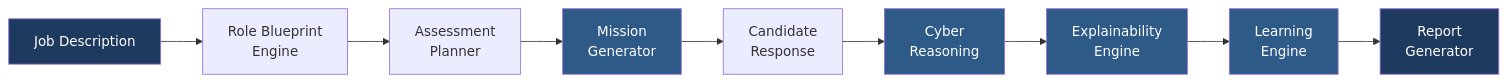
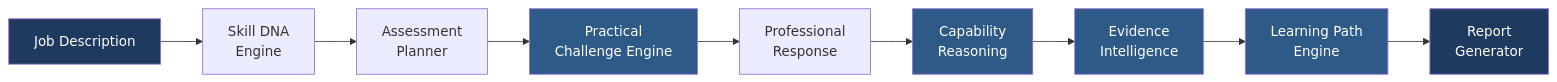
One commit to BL4CK-0PS/AegisIQ changed the ninth of 13 diagrams in README.md. Above: the diagram before and after it, drawn with Mermaid. The commit also changed other lines of this file and 88 other files, not shown here.

First line of the commit message:
docs: enhance all 40 docs with Mermaid diagrams and Related Documents

````diff
--- a/README.md
+++ b/README.md
@@ -524,18 +595,18 @@
 ```mermaid
 flowchart LR
-    JD["Job Description"] --> RBE["Role Blueprint\nEngine"]
-    RBE --> AP["Assessment\nPlanner"]
-    AP --> MG["Mission\nGenerator"]
-    MG --> CR["Candidate\nResponse"]
-    CR --> CRE["Cyber\nReasoning"]
-    CRE --> EE["Explainability\nEngine"]
-    EE --> LE["Learning\nEngine"]
-    LE --> REPO["Report\nGenerator"]
+    JD["Job Description"] --> SDE["Skill DNA\nEngine"]
+    SDE --> AP["Assessment\nPlanner"]
+    AP --> PCE["Practical\nChallenge Engine"]
+    PCE --> PR["Professional\nResponse"]
+    PR --> CRE["Capability\nReasoning"]
+    CRE --> EIE["Evidence\nIntelligence"]
+    EIE --> LPE["Learning Path\nEngine"]
+    LPE --> REPO["Report\nGenerator"]
 
     style JD fill:#1e3a5f,color:#fff
-    style MG fill:#2d5a87,color:#fff
+    style PCE fill:#2d5a87,color:#fff
     style CRE fill:#2d5a87,color:#fff
-    style EE fill:#2d5a87,color:#fff
-    style LE fill:#2d5a87,color:#fff
+    style EIE fill:#2d5a87,color:#fff
+    style LPE fill:#2d5a87,color:#fff
     style REPO fill:#1e3a5f,color:#fff
 ```
````
